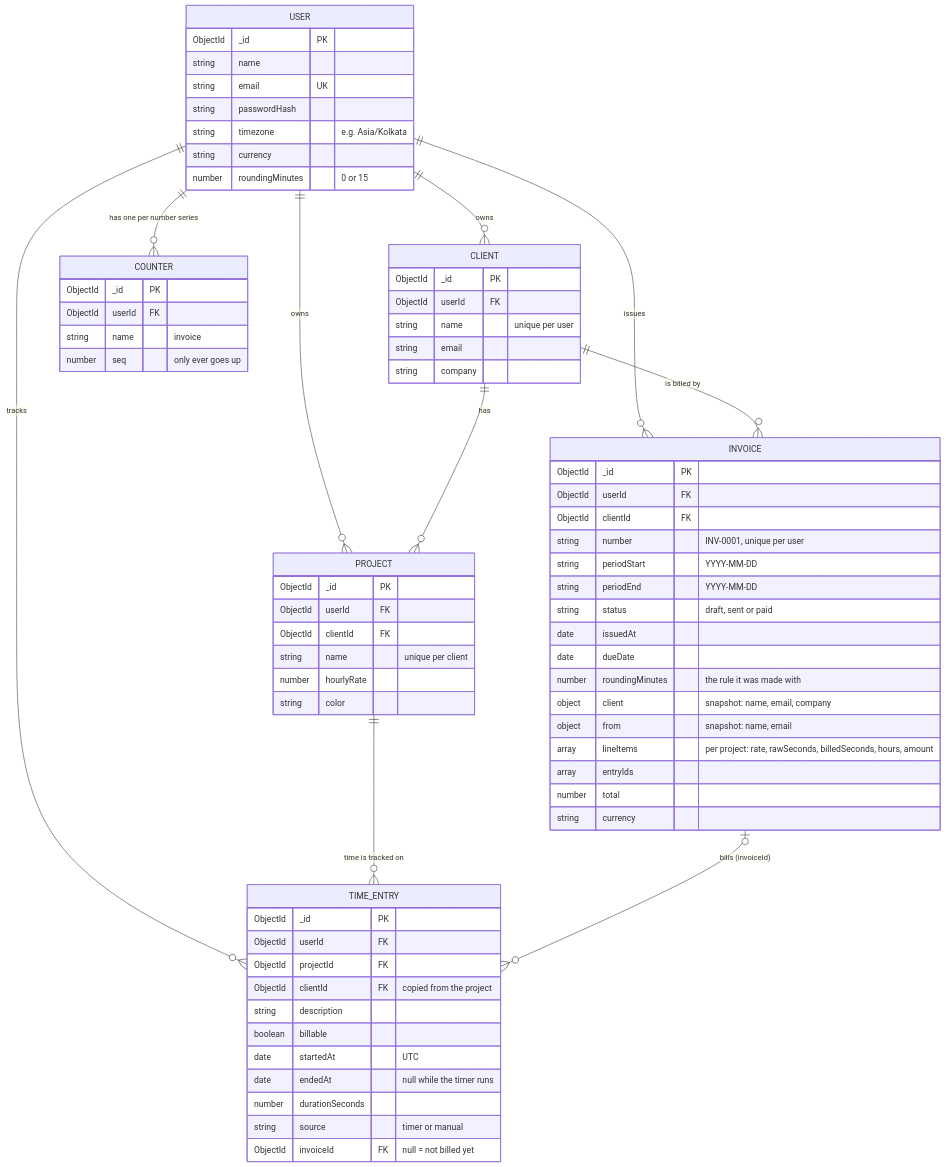
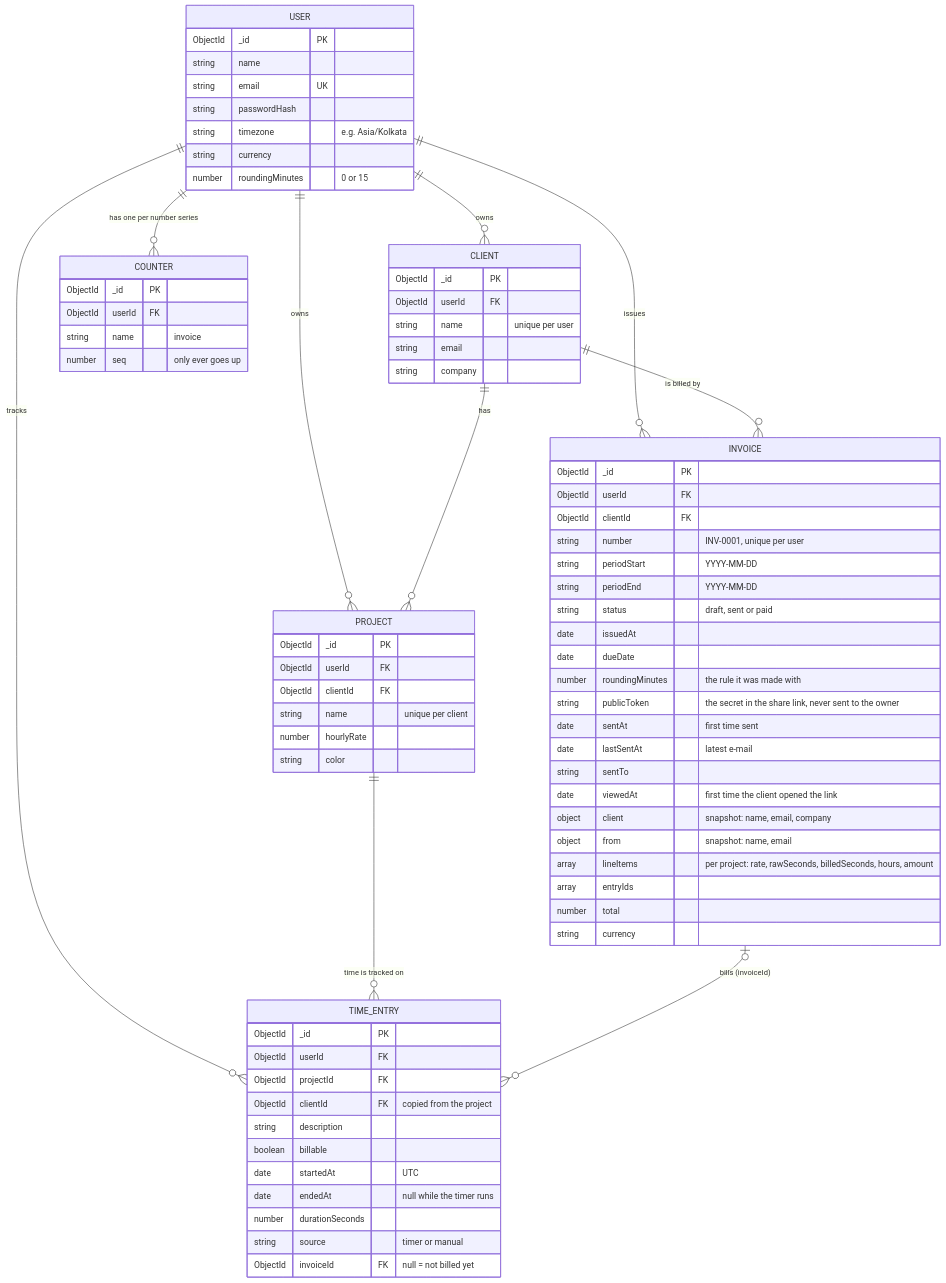
The diagram in README.md (jagga-123/timeledger), drawn with Mermaid before and after one commit. The commit also changed other lines of this file, not shown here.

````diff
--- a/README.md
+++ b/README.md
@@ -143,74 +177,79 @@
 ```mermaid
 erDiagram
     USER ||--o{ CLIENT : owns
     USER ||--o{ PROJECT : owns
     USER ||--o{ TIME_ENTRY : tracks
     USER ||--o{ INVOICE : issues
     USER ||--o{ COUNTER : "has one per number series"
     CLIENT ||--o{ PROJECT : has
     CLIENT ||--o{ INVOICE : "is billed by"
     PROJECT ||--o{ TIME_ENTRY : "time is tracked on"
     INVOICE |o--o{ TIME_ENTRY : "bills (invoiceId)"
 
     USER {
         ObjectId _id PK
         string name
         string email UK
         string passwordHash
         string timezone "e.g. Asia/Kolkata"
         string currency
         number roundingMinutes "0 or 15"
     }
     CLIENT {
         ObjectId _id PK
         ObjectId userId FK
         string name "unique per user"
         string email
         string company
     }
     PROJECT {
         ObjectId _id PK
         ObjectId userId FK
         ObjectId clientId FK
         string name "unique per client"
         number hourlyRate
         string color
     }
     TIME_ENTRY {
         ObjectId _id PK
         ObjectId userId FK
         ObjectId projectId FK
         ObjectId clientId FK "copied from the project"
         string description
         boolean billable
         date startedAt "UTC"
         date endedAt "null while the timer runs"
         number durationSeconds
         string source "timer or manual"
         ObjectId invoiceId FK "null = not billed yet"
     }
     INVOICE {
         ObjectId _id PK
         ObjectId userId FK
         ObjectId clientId FK
         string number "INV-0001, unique per user"
         string periodStart "YYYY-MM-DD"
         string periodEnd "YYYY-MM-DD"
         string status "draft, sent or paid"
         date issuedAt
         date dueDate
         number roundingMinutes "the rule it was made with"
+        string publicToken "the secret in the share link, never sent to the owner"
+        date sentAt "first time sent"
+        date lastSentAt "latest e-mail"
+        string sentTo
+        date viewedAt "first time the client opened the link"
         object client "snapshot: name, email, company"
         object from "snapshot: name, email"
         array lineItems "per project: rate, rawSeconds, billedSeconds, hours, amount"
         array entryIds
         number total
         string currency
     }
     COUNTER {
         ObjectId _id PK
         ObjectId userId FK
         string name "invoice"
         number seq "only ever goes up"
     }
 ```
````
